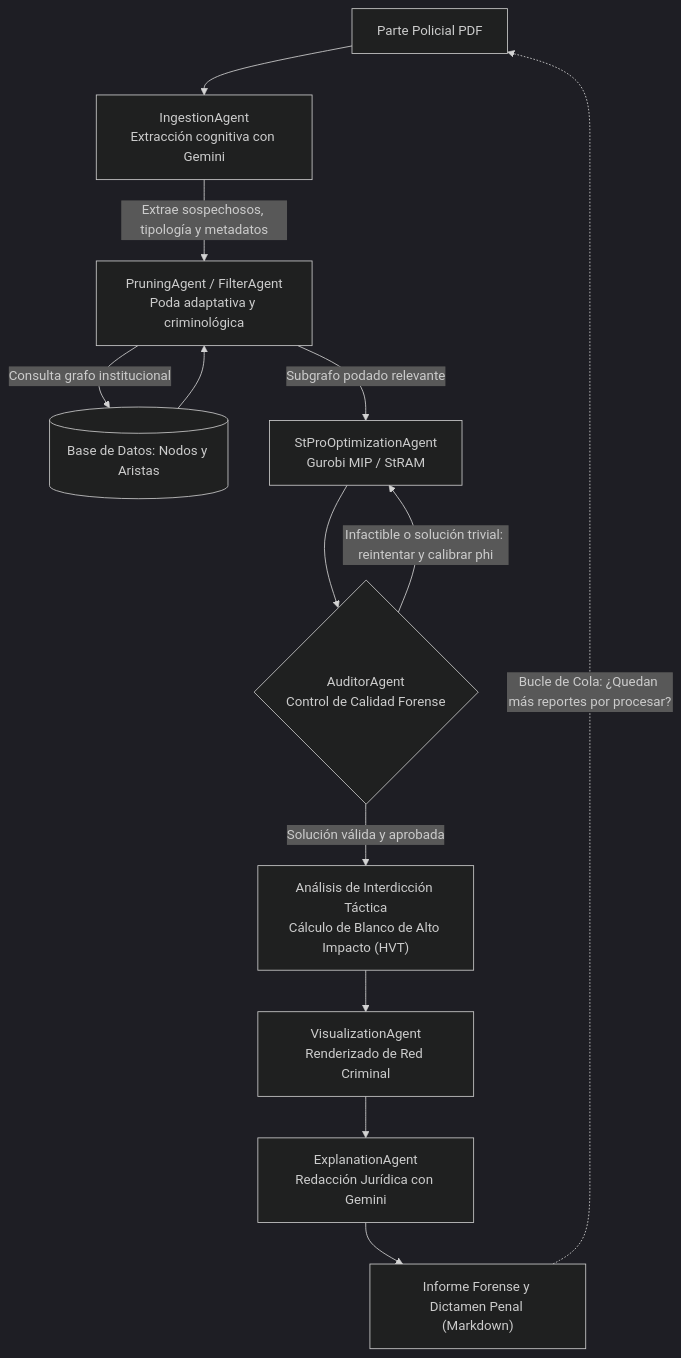
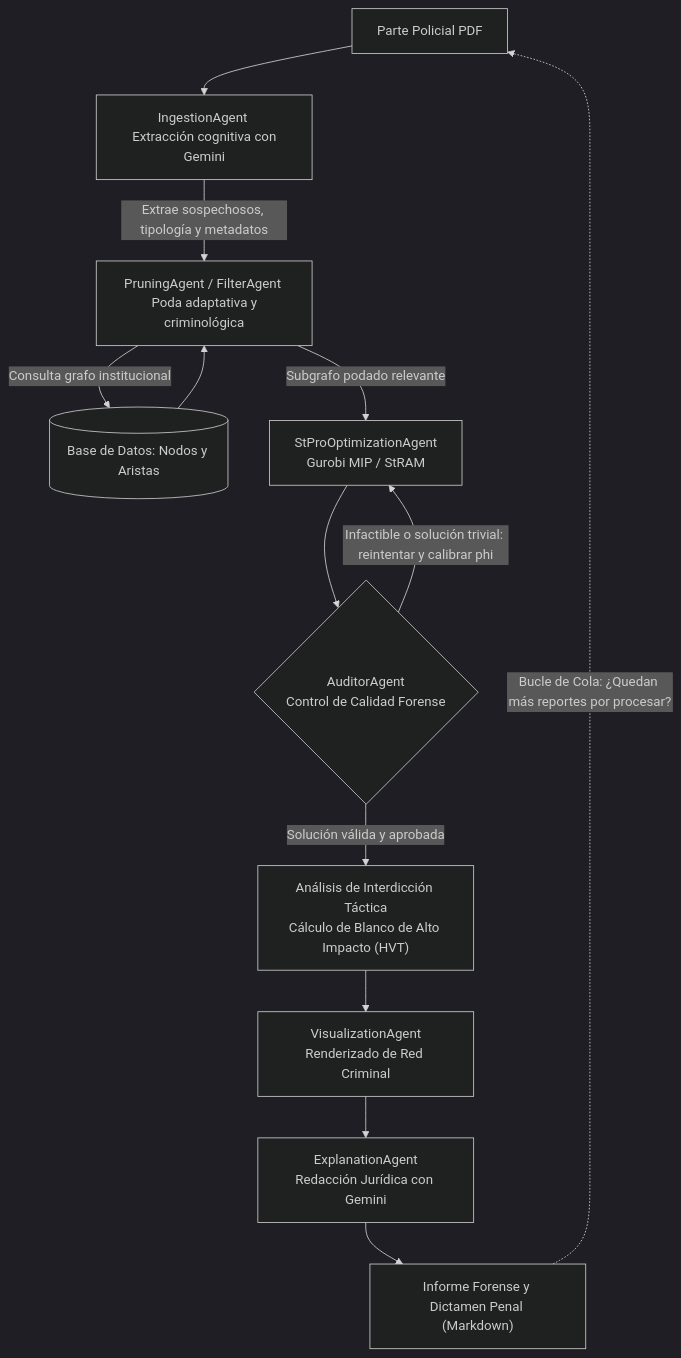
Before and after one commit to MGS100802/TESIS_FISCALIA: the diagram in README.md, drawn with Mermaid (dark theme).

Commit message:
Actualizar README.md

````diff
--- a/README.md
+++ b/README.md
@@ -17,21 +17,21 @@
 ```mermaid
 flowchart TD
-    A["Parte Policial PDF"] --> B["IngestionAgent<br>Extracción cognitiva con Gemini"]
-    B -->|"Extrae sospechosos, tipología y metadatos"| C["PruningAgent / FilterAgent<br>Poda adaptativa y criminológica"]
+    A["Parte Policial PDF"] --> B["IngestionAgent <br> Extracción cognitiva con Gemini"]
+    B -->|"Extrae sospechosos, tipología y metadatos"| C["PruningAgent / FilterAgent <br> Poda adaptativa y criminológica"]
     
     C -->|"Consulta grafo institucional"| D[("Base de Datos: Nodos y Aristas")]
     D --> C
     
-    C -->|"Subgrafo podado relevante"| E["StProOptimizationAgent<br>Gurobi MIP / StRAM"]
+    C -->|"Subgrafo podado relevante"| E["StProOptimizationAgent <br> Gurobi MIP / StRAM"]
     
     E --> F{"AuditorAgent<br>Control de Calidad Forense"}
     
     F -->|"Infactible o solución trivial: reintentar y calibrar phi"| E
     F -->|"Solución válida y aprobada"| G["Análisis de Interdicción Táctica<br>Cálculo de Blanco de Alto Impacto (HVT)"]
     
     G --> H["VisualizationAgent<br>Renderizado de Red Criminal"]
     H --> I["ExplanationAgent<br>Redacción Jurídica con Gemini"]
     I --> J["Informe Forense y Dictamen Penal (Markdown)"]
     
     J -.->|"Bucle de Cola: ¿Quedan más reportes por procesar?"| A
 ```
````
